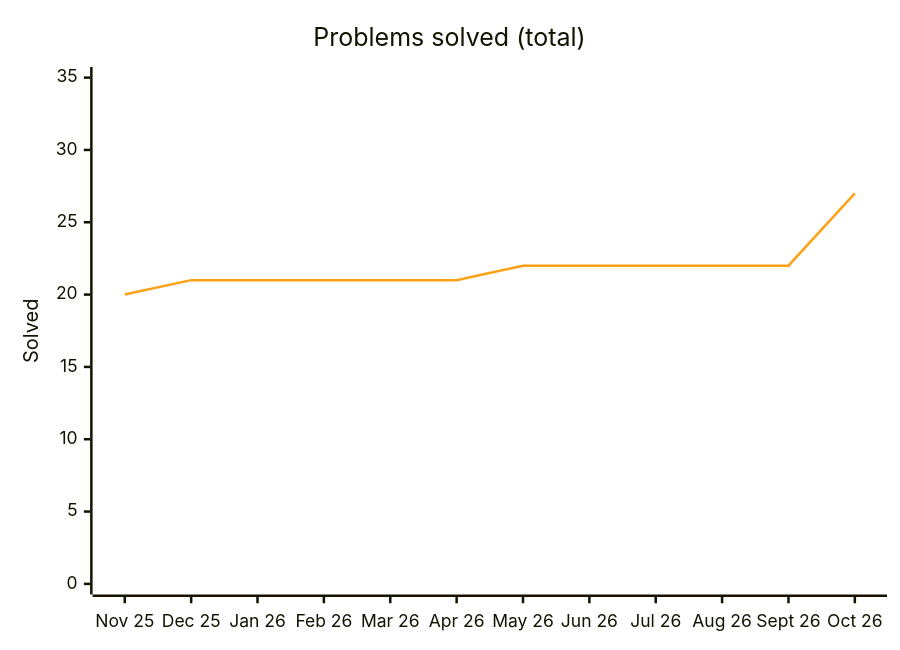
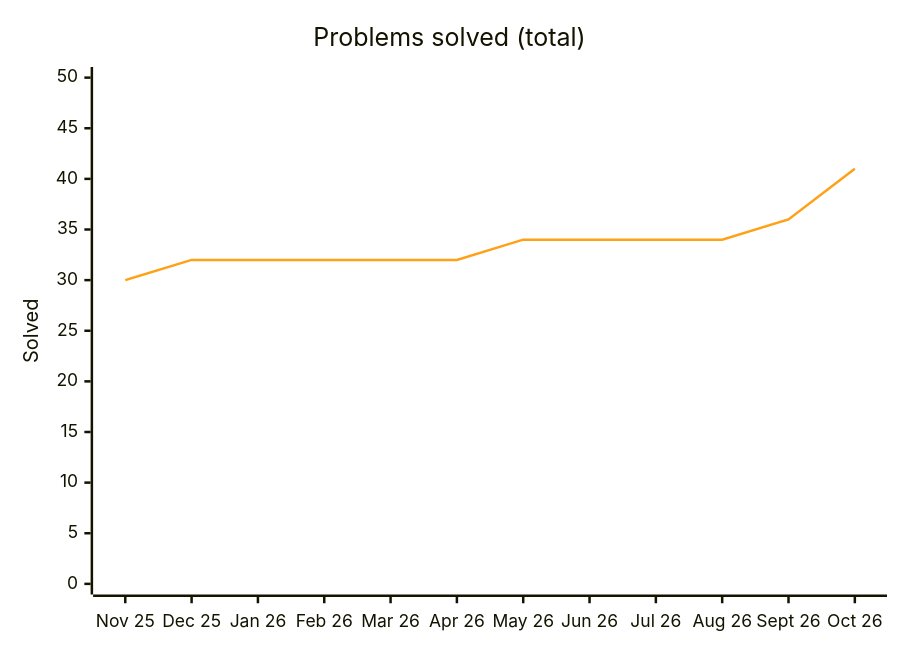
One commit to samy-D5/Leetcode changed the diagram in README.md. Above: the diagram before and after it, drawn with Mermaid. The commit also changed other lines of this file and 15 other files, not shown here.

````diff
--- a/README.md
+++ b/README.md
@@ -42,8 +42,8 @@
 ```mermaid
 %%{init: {"themeVariables": {"xyChart": {"plotColorPalette": "#ffa116"}}}}%%
 xychart-beta
     title "Problems solved (total)"
     x-axis ["Nov 25", "Dec 25", "Jan 26", "Feb 26", "Mar 26", "Apr 26", "May 26", "Jun 26", "Jul 26", "Aug 26", "Sept 26", "Oct 26"]
-    y-axis "Solved" 0 --> 35
-    line [20, 21, 21, 21, 21, 21, 22, 22, 22, 22, 22, 27]
+    y-axis "Solved" 0 --> 50
+    line [30, 32, 32, 32, 32, 32, 34, 34, 34, 34, 36, 41]
 ```
````
